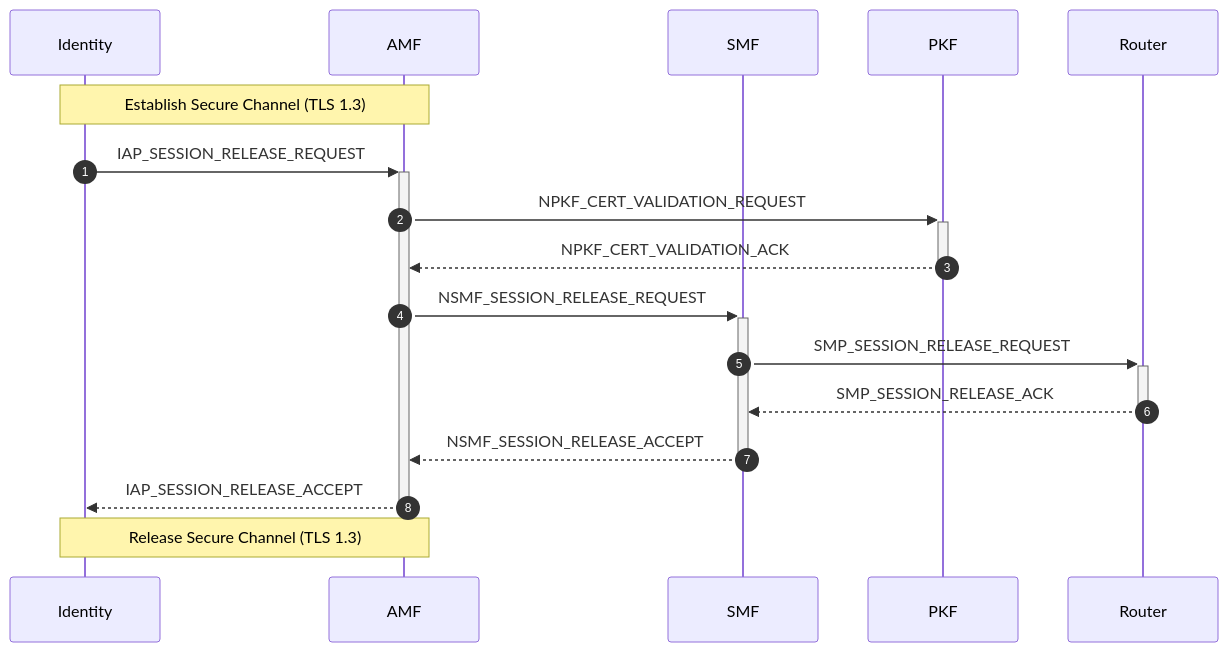
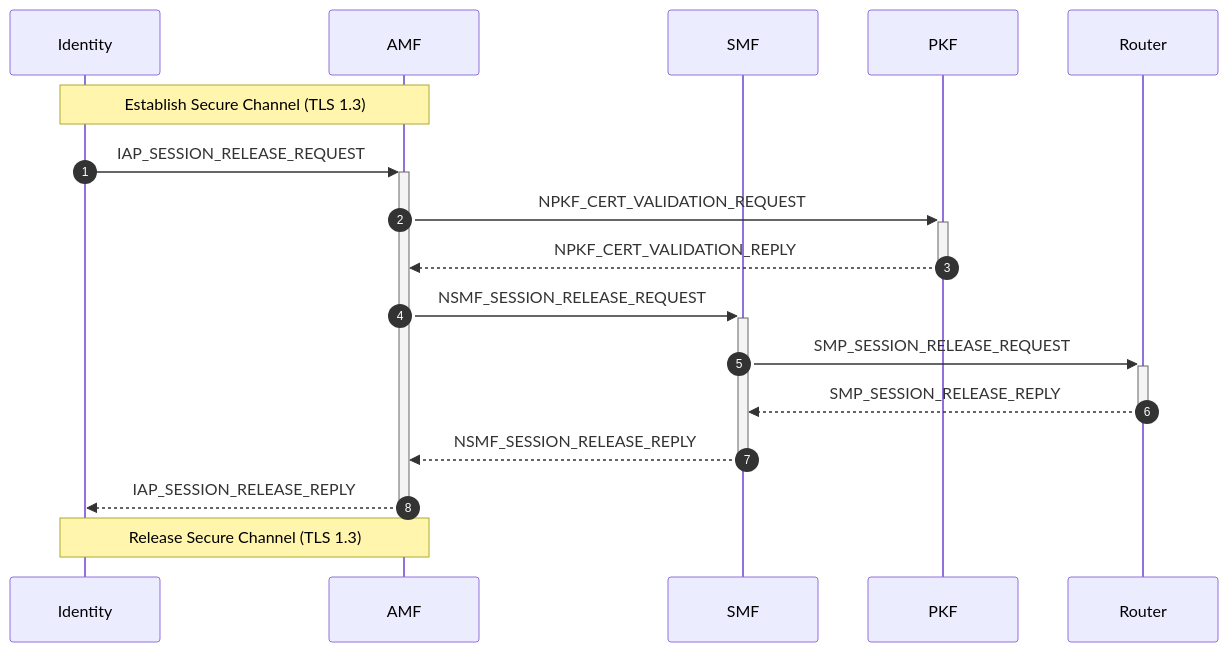
Before and after one commit to veil-link/veilink: diagram 13 of 21 in doc/doc-spec/00-series-general/00.002-procedure.md, drawn with Mermaid. The commit also changed other lines of this file and 1 other file, not shown here.

````diff
--- a/doc/doc-spec/00-series-general/00.002-procedure.md
+++ b/doc/doc-spec/00-series-general/00.002-procedure.md
@@ -305,21 +308,21 @@
 ```mermaid
 sequenceDiagram
     autonumber
 
     participant id as Identity
     participant amf as AMF
     participant smf as SMF
     participant pkf as PKF
     participant rt as Router
 
     Note over id, amf: Establish Secure Channel (TLS 1.3)
     id ->>+ amf: IAP_SESSION_RELEASE_REQUEST
     amf ->>+ pkf: NPKF_CERT_VALIDATION_REQUEST
-    pkf -->>- amf: NPKF_CERT_VALIDATION_ACK
+    pkf -->>- amf: NPKF_CERT_VALIDATION_REPLY
     amf ->>+ smf: NSMF_SESSION_RELEASE_REQUEST
     smf ->>+ rt: SMP_SESSION_RELEASE_REQUEST
-    rt -->>- smf: SMP_SESSION_RELEASE_ACK
-    smf -->>- amf: NSMF_SESSION_RELEASE_ACCEPT
-    amf -->>- id: IAP_SESSION_RELEASE_ACCEPT
+    rt -->>- smf: SMP_SESSION_RELEASE_REPLY
+    smf -->>- amf: NSMF_SESSION_RELEASE_REPLY
+    amf -->>- id: IAP_SESSION_RELEASE_REPLY
     Note over id, amf: Release Secure Channel (TLS 1.3)
 ```
````
